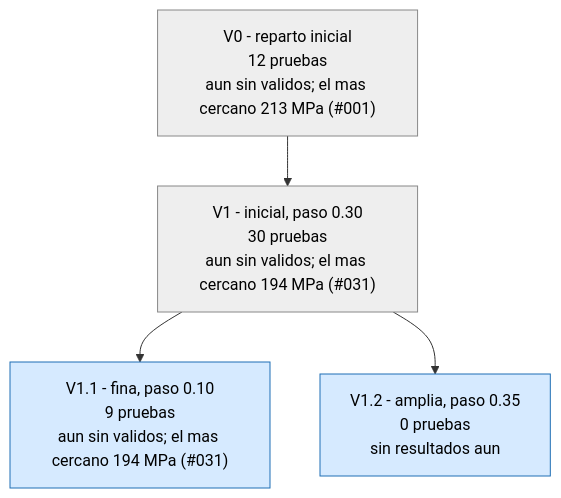
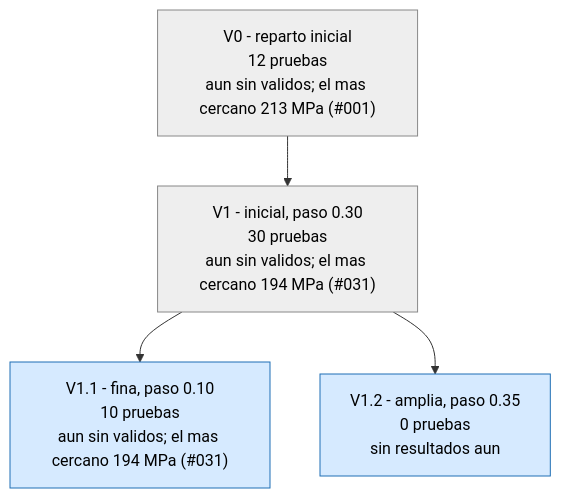
Before and after one commit to Hugiko/msd-soporte-optimizacion: the first of 3 diagrams in runs/opt_37800N/ARBOL.md, drawn with Mermaid. The commit also changed 20 other files, not shown here.

````diff
--- a/runs/opt_37800N/ARBOL.md
+++ b/runs/opt_37800N/ARBOL.md
@@ -9,13 +9,13 @@
 ```mermaid
 graph TD
 classDef activa fill:#d6eaff,stroke:#1f6fb5,color:#000
 classDef fin fill:#eeeeee,stroke:#888,color:#000
 classDef mejor fill:#c8f0c0,stroke:#1a9850,stroke-width:4px,color:#000
 V0["V0 - reparto inicial<br/>12 pruebas<br/>aun sin validos; el mas cercano 213 MPa (#001)"]:::fin
 V1["V1 - inicial, paso 0.30<br/>30 pruebas<br/>aun sin validos; el mas cercano 194 MPa (#031)"]:::fin
 V0 --> V1
-V1_1["V1.1 - fina, paso 0.10<br/>9 pruebas<br/>aun sin validos; el mas cercano 194 MPa (#031)"]:::activa
+V1_1["V1.1 - fina, paso 0.10<br/>10 pruebas<br/>aun sin validos; el mas cercano 194 MPa (#031)"]:::activa
 V1 --> V1_1
 V1_2["V1.2 - amplia, paso 0.35<br/>0 pruebas<br/>sin resultados aun"]:::activa
 V1 --> V1_2
 ```
````
